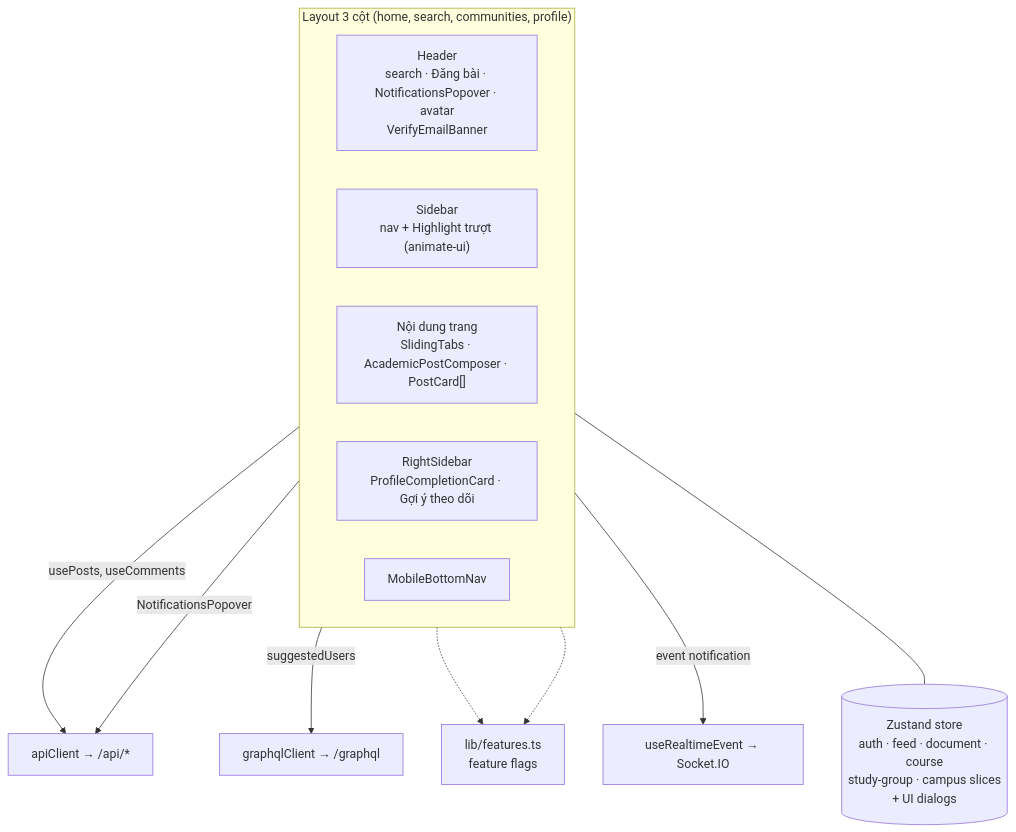
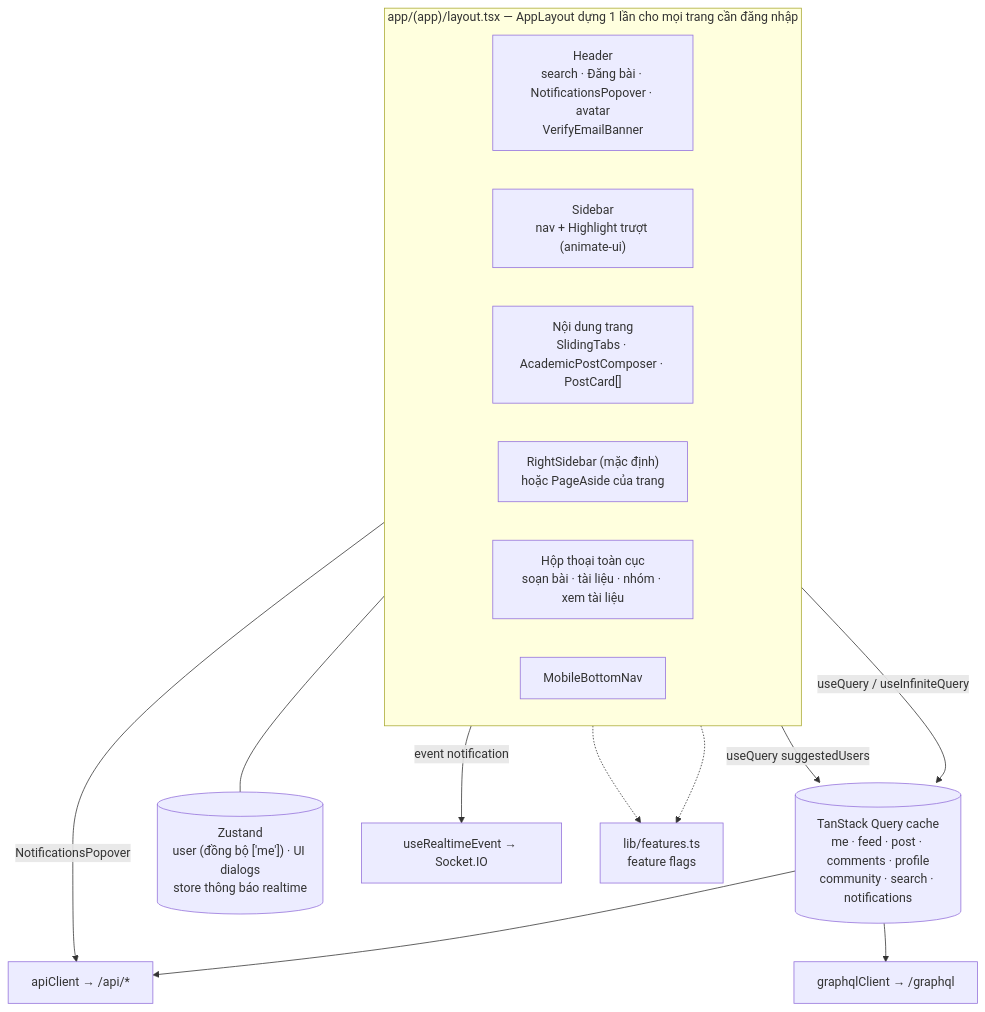
One commit to nhatcoi/pu-connect changed the second of 2 diagrams in docs/diagrams/07-web-app.md. Above: the diagram before and after it, drawn with Mermaid. The commit also changed other lines of this file and 3 other files, not shown here.

Commit message:
docs(web): state management ADR, web diagram and feature log

````diff
--- a/docs/diagrams/07-web-app.md
+++ b/docs/diagrams/07-web-app.md
@@ -43,25 +43,28 @@
 ```mermaid
 flowchart TB
-  subgraph Shell["Layout 3 cột (home, search, communities, profile)"]
+  subgraph Shell["app/(app)/layout.tsx — AppLayout dựng 1 lần cho mọi trang cần đăng nhập"]
     direction LR
     header["Header<br/>search · Đăng bài · NotificationsPopover · avatar<br/>VerifyEmailBanner"]
     sidebar["Sidebar<br/>nav + Highlight trượt (animate-ui)"]
     main["Nội dung trang<br/>SlidingTabs · AcademicPostComposer · PostCard[]"]
-    right["RightSidebar<br/>ProfileCompletionCard · Gợi ý theo dõi"]
+    right["RightSidebar (mặc định)<br/>hoặc PageAside của trang"]
+    dialogs["Hộp thoại toàn cục<br/>soạn bài · tài liệu · nhóm · xem tài liệu"]
     mnav["MobileBottomNav"]
   end
 
-  store[("Zustand store<br/>auth · feed · document · course<br/>study-group · campus slices<br/>+ UI dialogs")]
+  rq[("TanStack Query cache<br/>me · feed · post · comments · profile<br/>community · search · notifications")]
+  store[("Zustand<br/>user (đồng bộ ['me']) · UI dialogs<br/>store thông báo realtime")]
   rest["apiClient → /api/*"]
   gql["graphqlClient → /graphql"]
   rt["useRealtimeEvent → Socket.IO"]
   flags["lib/features.ts<br/>feature flags"]
 
-  main -->|usePosts, useComments| rest
-  right -->|suggestedUsers| gql
+  main -->|useQuery / useInfiniteQuery| rq
+  right -->|useQuery suggestedUsers| rq
+  rq --> rest & gql
   sidebar -.-> flags
   right -.-> flags
   header -->|NotificationsPopover| rest
   header -->|event notification| rt
   Shell --- store
 ```
````
